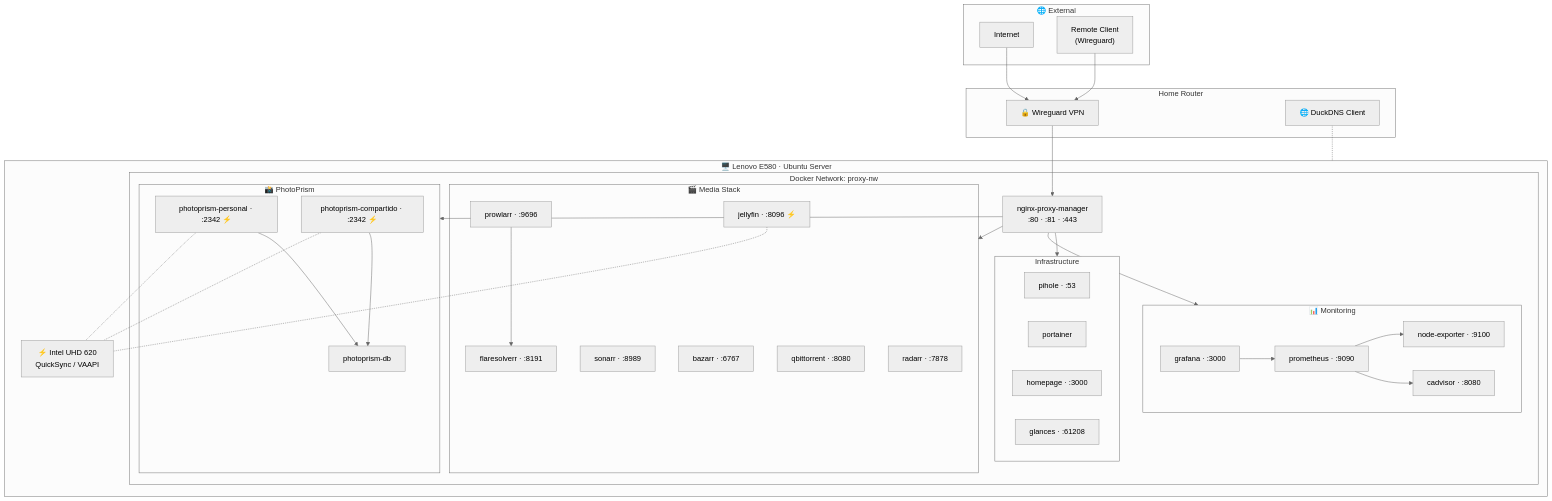
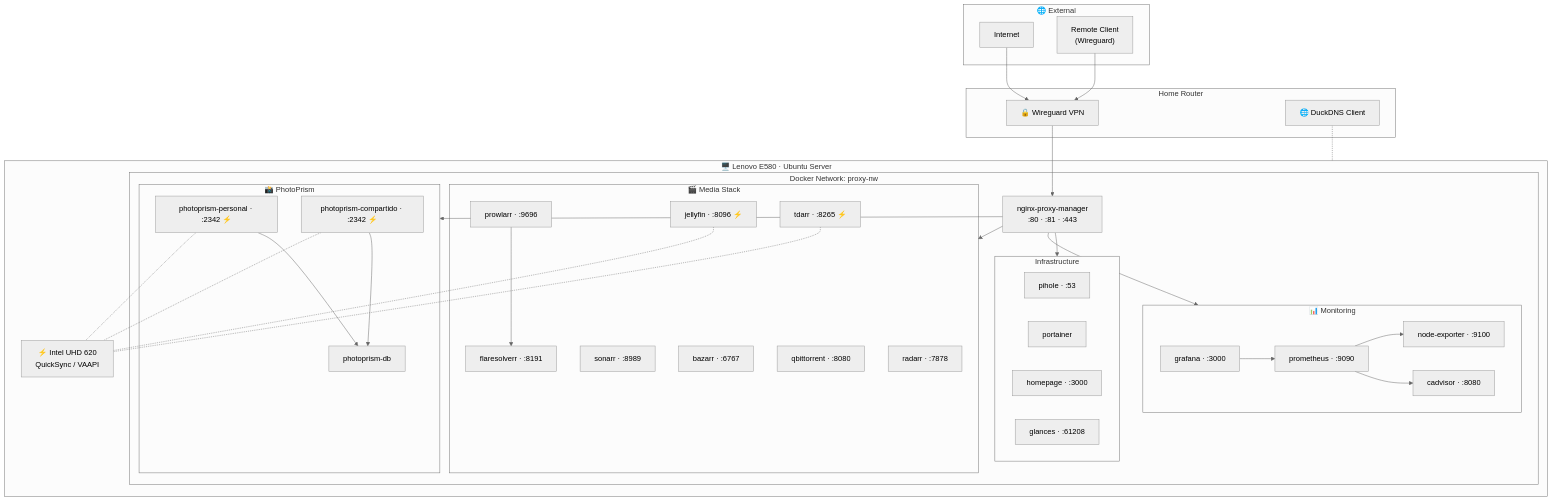
One commit to salvadorcampanella/homelab-E580 changed the diagram in README.md. Above: the diagram before and after it, drawn with Mermaid (neutral theme). The commit also changed other lines of this file and 4 other files, not shown here.

````diff
--- a/README.md
+++ b/README.md
@@ -12,67 +12,69 @@
 ```mermaid
 graph TB
     subgraph ext["🌐 External"]
         Internet["Internet"]
         RC["Remote Client<br/>(Wireguard)"]
     end
 
     subgraph router["Home Router"]
         WG["🔒 Wireguard VPN"]
         DDNS["🌐 DuckDNS Client"]
     end
 
     subgraph host["🖥️ Lenovo E580 · Ubuntu Server"]
         subgraph net["Docker Network: proxy-nw"]
             NPM["nginx-proxy-manager<br/>:80 · :81 · :443"]
 
             subgraph infra["Infrastructure"]
                 Pihole["pihole · :53"]
                 Portainer["portainer"]
                 Homepage["homepage · :3000"]
                 Glances["glances · :61208"]
             end
 
             subgraph media["🎬 Media Stack"]
                 Radarr["radarr · :7878"]
                 Sonarr["sonarr · :8989"]
                 Prowlarr["prowlarr · :9696"]
                 Bazarr["bazarr · :6767"]
                 qBit["qbittorrent · :8080"]
                 Jellyfin["jellyfin · :8096 ⚡"]
                 Flare["flaresolverr · :8191"]
+                Tdarr["tdarr · :8265 ⚡"]
             end
 
             subgraph photos["📸 PhotoPrism"]
                 PPDb["photoprism-db"]
                 PPP["photoprism-personal · :2342 ⚡"]
                 PPC["photoprism-compartido · :2342 ⚡"]
             end
 
             subgraph mon["📊 Monitoring"]
                 Grafana["grafana · :3000"]
                 Prom["prometheus · :9090"]
                 NodeExp["node-exporter · :9100"]
                 CAdv["cadvisor · :8080"]
             end
         end
         GPU["⚡ Intel UHD 620<br/>QuickSync / VAAPI"]
     end
 
     Internet --> WG
     RC --> WG
     WG --> NPM
     NPM --> infra
     NPM --> media
     NPM --> photos
     NPM --> mon
     Prowlarr --> Flare
     PPP --> PPDb
     PPC --> PPDb
     Prom --> NodeExp
     Prom --> CAdv
     Grafana --> Prom
     Jellyfin -.- GPU
     PPP -.- GPU
     PPC -.- GPU
+    Tdarr -.- GPU
     DDNS -.- host
 ```
````
